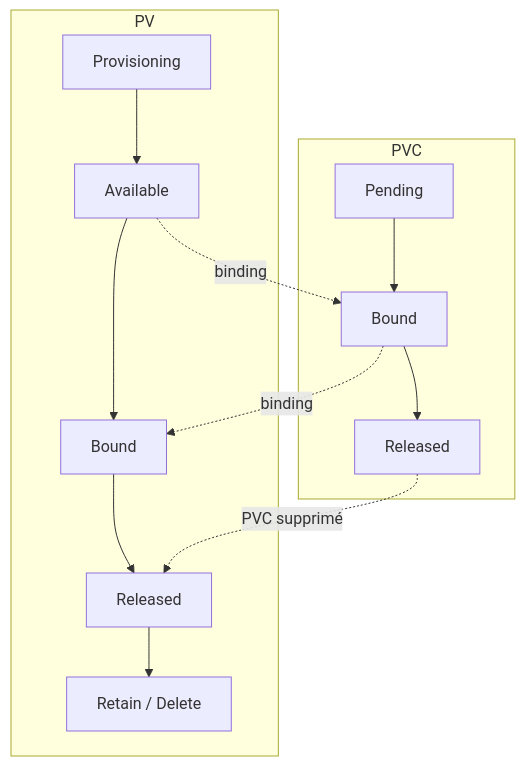
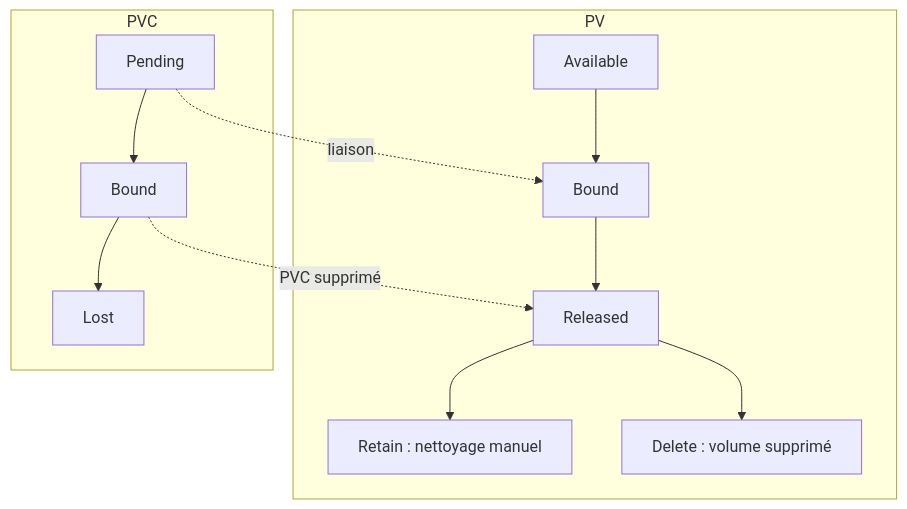
Before and after one commit to sedelpeuch/sedelpeuch.github.io: the diagram in blog/06-orchestration/2025-01-12-k8s-storage.md, drawn with Mermaid. The commit also changed other lines of this file and 10 other files, not shown here.

````diff
--- a/blog/06-orchestration/2025-01-12-k8s-storage.md
+++ b/blog/06-orchestration/2025-01-12-k8s-storage.md
@@ -83,18 +88,17 @@
 ```mermaid
 graph TD
   subgraph PV
-    A[Provisioning] --> B[Available]
-    B --> C[Bound]
-    C --> D[Released]
-    D --> E[Retain / Delete]
+    A[Available] --> B[Bound]
+    B --> C[Released]
+    C --> D[Retain : nettoyage manuel]
+    C --> E[Delete : volume supprimé]
   end
 
   subgraph PVC
     F[Pending] --> G[Bound]
-    G --> H[Released]
+    G --> H[Lost]
   end
 
-  B -.->|binding| G
-  G -.->|binding| C
-  H -.->|PVC supprimé| D
+  F -.->|liaison| B
+  G -.->|PVC supprimé| C
 ```
````
